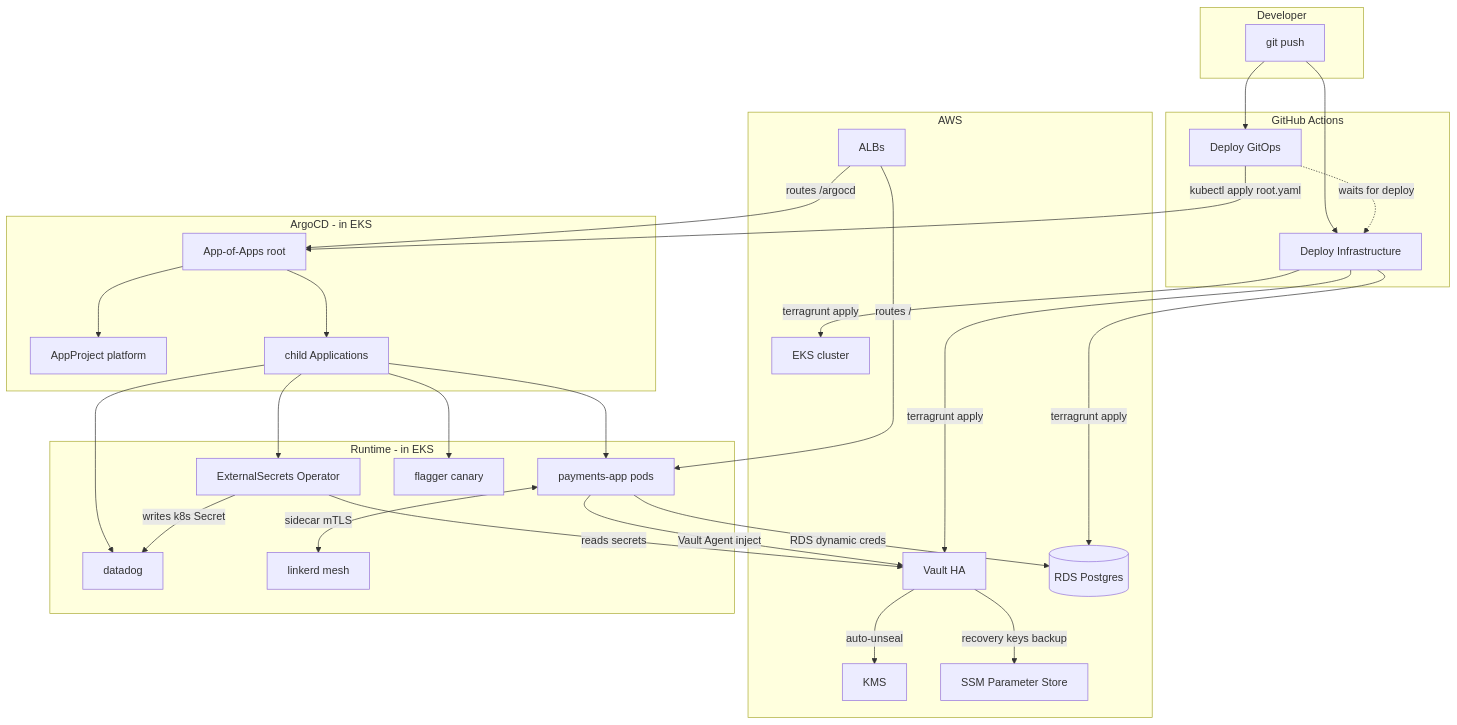
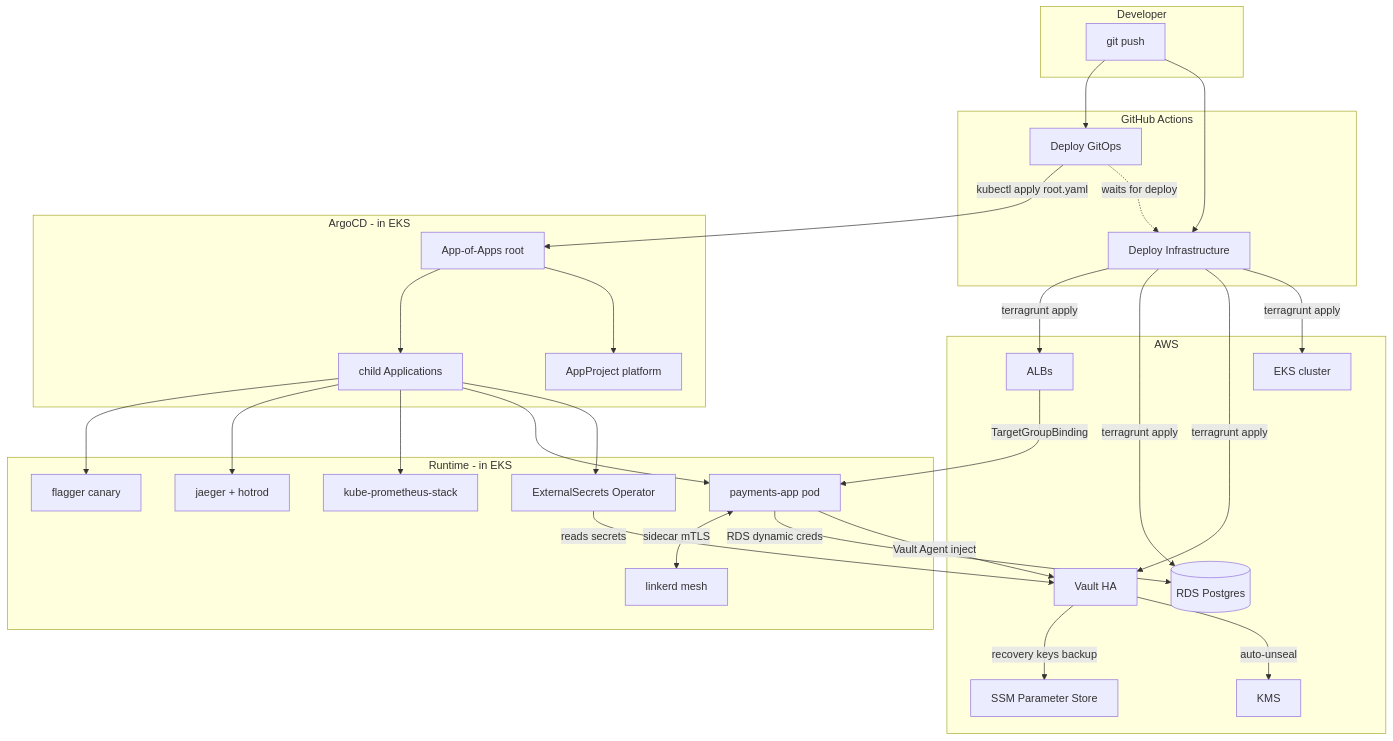
One commit to dungxtd/terragrunt-stacks changed the first of 21 diagrams in docs/PLATFORM_GUIDE.md. Above: the diagram before and after it, drawn with Mermaid. The commit also changed other lines of this file and 4 other files, not shown here.

First line of the commit message:
docs: sync README, architecture, COMPONENTS, PLATFORM_GUIDE, gitops/README

````diff
--- a/docs/PLATFORM_GUIDE.md
+++ b/docs/PLATFORM_GUIDE.md
@@ -9,57 +9,58 @@
 ```mermaid
 flowchart TB
   subgraph "Developer"
     GIT[git push]
   end
 
   subgraph "GitHub Actions"
     DEPLOY[Deploy Infrastructure]
     GITOPS[Deploy GitOps]
   end
 
   subgraph "AWS"
     EKS[EKS cluster]
     VAULT[Vault HA]
     RDS[(RDS Postgres)]
     KMS[KMS]
     ALB[ALBs]
     SSM[SSM Parameter Store]
   end
 
   subgraph "ArgoCD - in EKS"
     ROOT[App-of-Apps root]
     PROJECT[AppProject platform]
     APPS[child Applications]
   end
 
   subgraph "Runtime - in EKS"
     ESO[ExternalSecrets Operator]
-    PAY[payments-app pods]
-    DD[datadog]
+    PAY[payments-app pod]
+    KPS[kube-prometheus-stack]
+    JG[jaeger + hotrod]
     FLAG[flagger canary]
     LINK[linkerd mesh]
   end
 
   GIT --> DEPLOY
   GIT --> GITOPS
   DEPLOY -->|terragrunt apply| EKS
   DEPLOY -->|terragrunt apply| VAULT
   DEPLOY -->|terragrunt apply| RDS
+  DEPLOY -->|terragrunt apply| ALB
   GITOPS -.->|waits for deploy| DEPLOY
   GITOPS -->|kubectl apply root.yaml| ROOT
   ROOT --> PROJECT
   ROOT --> APPS
   APPS --> ESO
   APPS --> PAY
-  APPS --> DD
+  APPS --> KPS
+  APPS --> JG
   APPS --> FLAG
   ESO -->|reads secrets| VAULT
-  ESO -->|writes k8s Secret| DD
   PAY -->|Vault Agent inject| VAULT
   PAY -->|RDS dynamic creds| RDS
   PAY <-->|sidecar mTLS| LINK
   VAULT -->|auto-unseal| KMS
   VAULT -->|recovery keys backup| SSM
-  ALB -->|routes /| PAY
-  ALB -->|routes /argocd| ROOT
+  ALB -->|TargetGroupBinding| PAY
 ```
````
